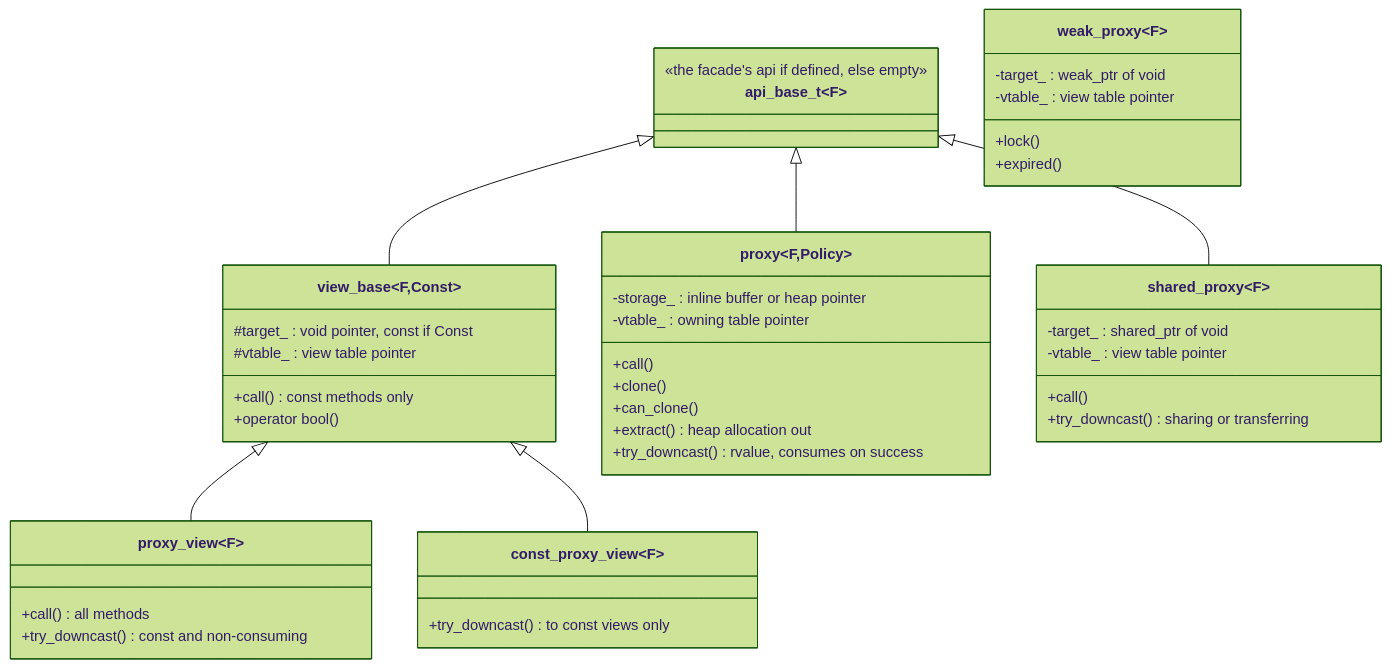
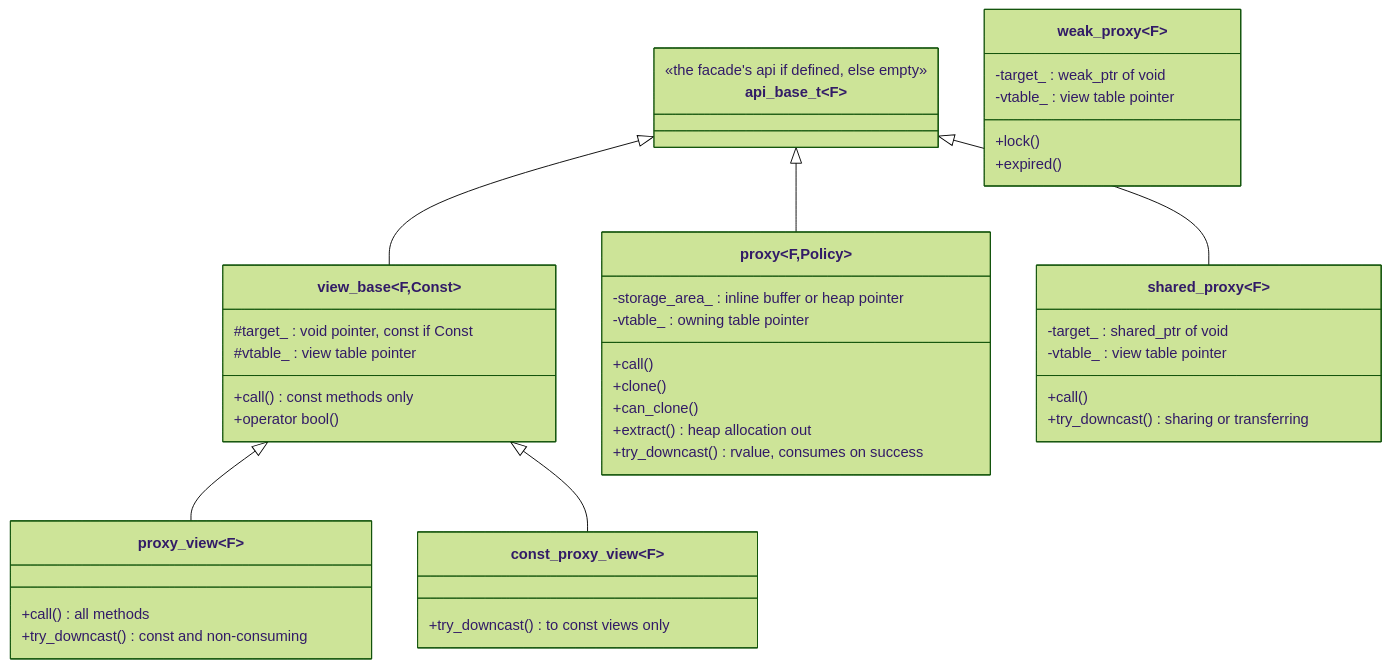
Before and after one commit to stevensudit/Corvid: the second of 8 diagrams in corvid/meta/proxy.md, drawn with Mermaid (forest theme). The commit also changed other lines of this file and 7 other files, not shown here.

````diff
--- a/corvid/meta/proxy.md
+++ b/corvid/meta/proxy.md
@@ -943,45 +943,45 @@
 ```mermaid
 classDiagram
     class api_base_t~F~ {
         <<the facade's api if defined, else empty>>
     }
     class view_base~F,Const~ {
         #target_ : void pointer, const if Const
         #vtable_ : view table pointer
         +call() const methods only
         +operator bool()
     }
     class proxy_view~F~ {
         +call() all methods
         +try_downcast() const and non-consuming
     }
     class const_proxy_view~F~ {
         +try_downcast() to const views only
     }
     class proxy~F,Policy~ {
-        -storage_ : inline buffer or heap pointer
+        -storage_area_ : inline buffer or heap pointer
         -vtable_ : owning table pointer
         +call()
         +clone()
         +can_clone()
         +extract() heap allocation out
         +try_downcast() rvalue, consumes on success
     }
     class shared_proxy~F~ {
         -target_ : shared_ptr of void
         -vtable_ : view table pointer
         +call()
         +try_downcast() sharing or transferring
     }
     class weak_proxy~F~ {
         -target_ : weak_ptr of void
         -vtable_ : view table pointer
         +lock()
         +expired()
     }
     api_base_t <|-- view_base
     view_base <|-- proxy_view
     view_base <|-- const_proxy_view
     api_base_t <|-- proxy
     api_base_t <|-- shared_proxy
 ```
````
